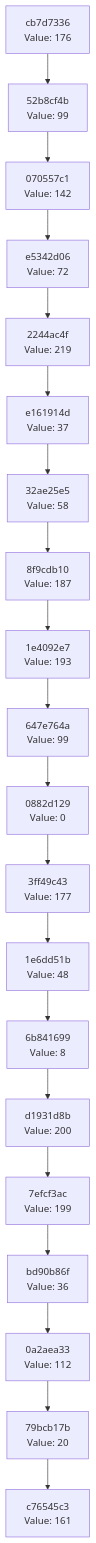
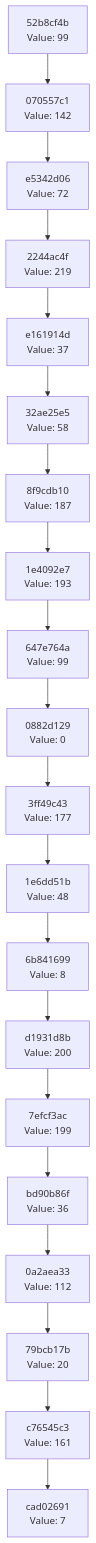
One commit to Abhisheksinha1506/hash-chain-evolver changed the diagram in docs/CHAIN_VISUALIZATION.md. Above: the diagram before and after it, drawn with Mermaid. The commit also changed 2 other files, not shown here.

Commit message:
Evolution step: hash 0x07 → action executed

````diff
--- a/docs/CHAIN_VISUALIZATION.md
+++ b/docs/CHAIN_VISUALIZATION.md
@@ -3,42 +3,42 @@
 ```mermaid
 graph TD
-    C0["c76545c3<br/>Value: 161"]
-    C1["79bcb17b<br/>Value: 20"]
+    C0["cad02691<br/>Value: 7"]
+    C1["c76545c3<br/>Value: 161"]
     C1 --> C0
-    C2["0a2aea33<br/>Value: 112"]
+    C2["79bcb17b<br/>Value: 20"]
     C2 --> C1
-    C3["bd90b86f<br/>Value: 36"]
+    C3["0a2aea33<br/>Value: 112"]
     C3 --> C2
-    C4["7efcf3ac<br/>Value: 199"]
+    C4["bd90b86f<br/>Value: 36"]
     C4 --> C3
-    C5["d1931d8b<br/>Value: 200"]
+    C5["7efcf3ac<br/>Value: 199"]
     C5 --> C4
-    C6["6b841699<br/>Value: 8"]
+    C6["d1931d8b<br/>Value: 200"]
     C6 --> C5
-    C7["1e6dd51b<br/>Value: 48"]
+    C7["6b841699<br/>Value: 8"]
     C7 --> C6
-    C8["3ff49c43<br/>Value: 177"]
+    C8["1e6dd51b<br/>Value: 48"]
     C8 --> C7
-    C9["0882d129<br/>Value: 0"]
+    C9["3ff49c43<br/>Value: 177"]
     C9 --> C8
-    C10["647e764a<br/>Value: 99"]
+    C10["0882d129<br/>Value: 0"]
     C10 --> C9
-    C11["1e4092e7<br/>Value: 193"]
+    C11["647e764a<br/>Value: 99"]
     C11 --> C10
-    C12["8f9cdb10<br/>Value: 187"]
+    C12["1e4092e7<br/>Value: 193"]
     C12 --> C11
-    C13["32ae25e5<br/>Value: 58"]
+    C13["8f9cdb10<br/>Value: 187"]
     C13 --> C12
-    C14["e161914d<br/>Value: 37"]
+    C14["32ae25e5<br/>Value: 58"]
     C14 --> C13
-    C15["2244ac4f<br/>Value: 219"]
+    C15["e161914d<br/>Value: 37"]
     C15 --> C14
-    C16["e5342d06<br/>Value: 72"]
+    C16["2244ac4f<br/>Value: 219"]
     C16 --> C15
-    C17["070557c1<br/>Value: 142"]
+    C17["e5342d06<br/>Value: 72"]
     C17 --> C16
-    C18["52b8cf4b<br/>Value: 99"]
+    C18["070557c1<br/>Value: 142"]
     C18 --> C17
-    C19["cb7d7336<br/>Value: 176"]
+    C19["52b8cf4b<br/>Value: 99"]
     C19 --> C18
 ```
````
